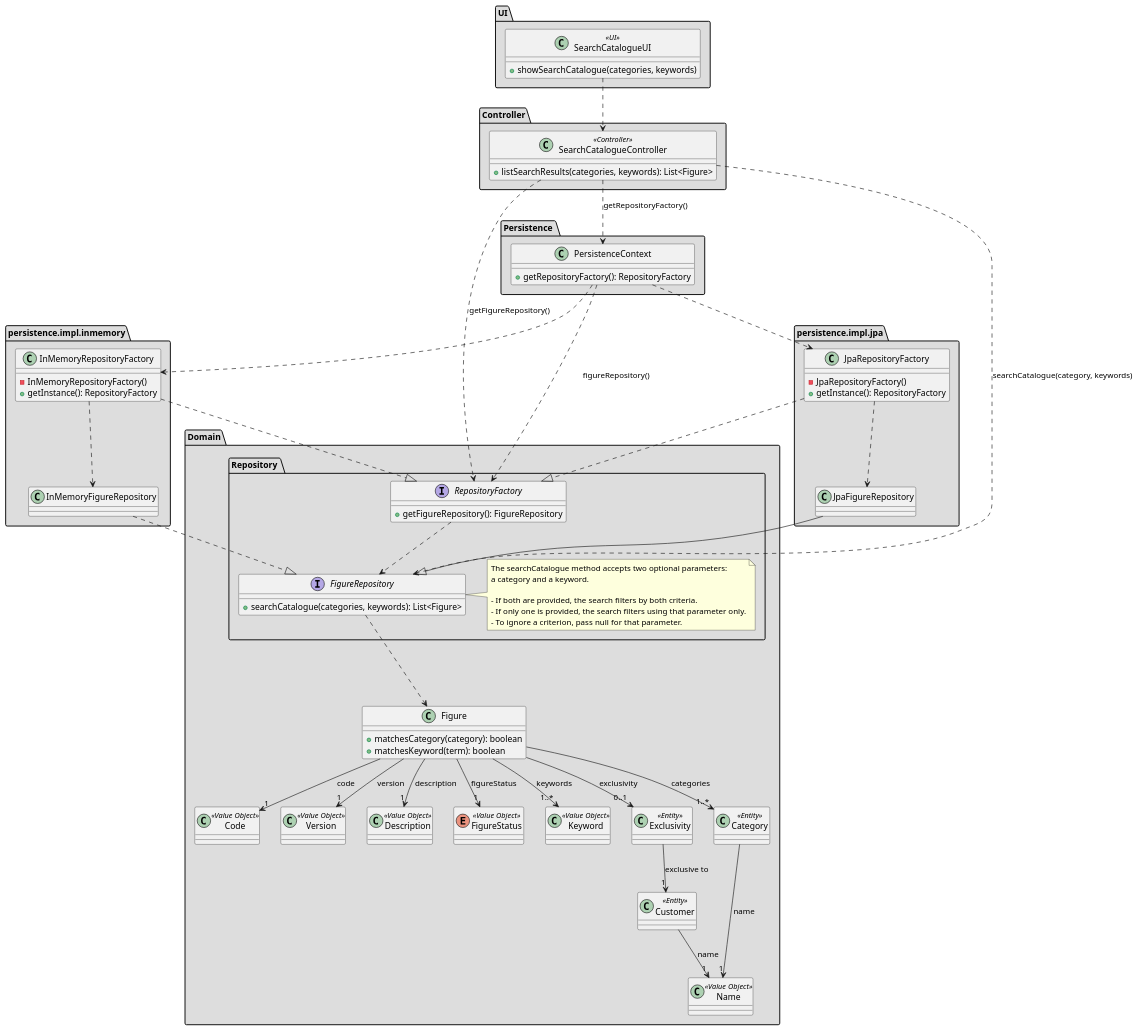
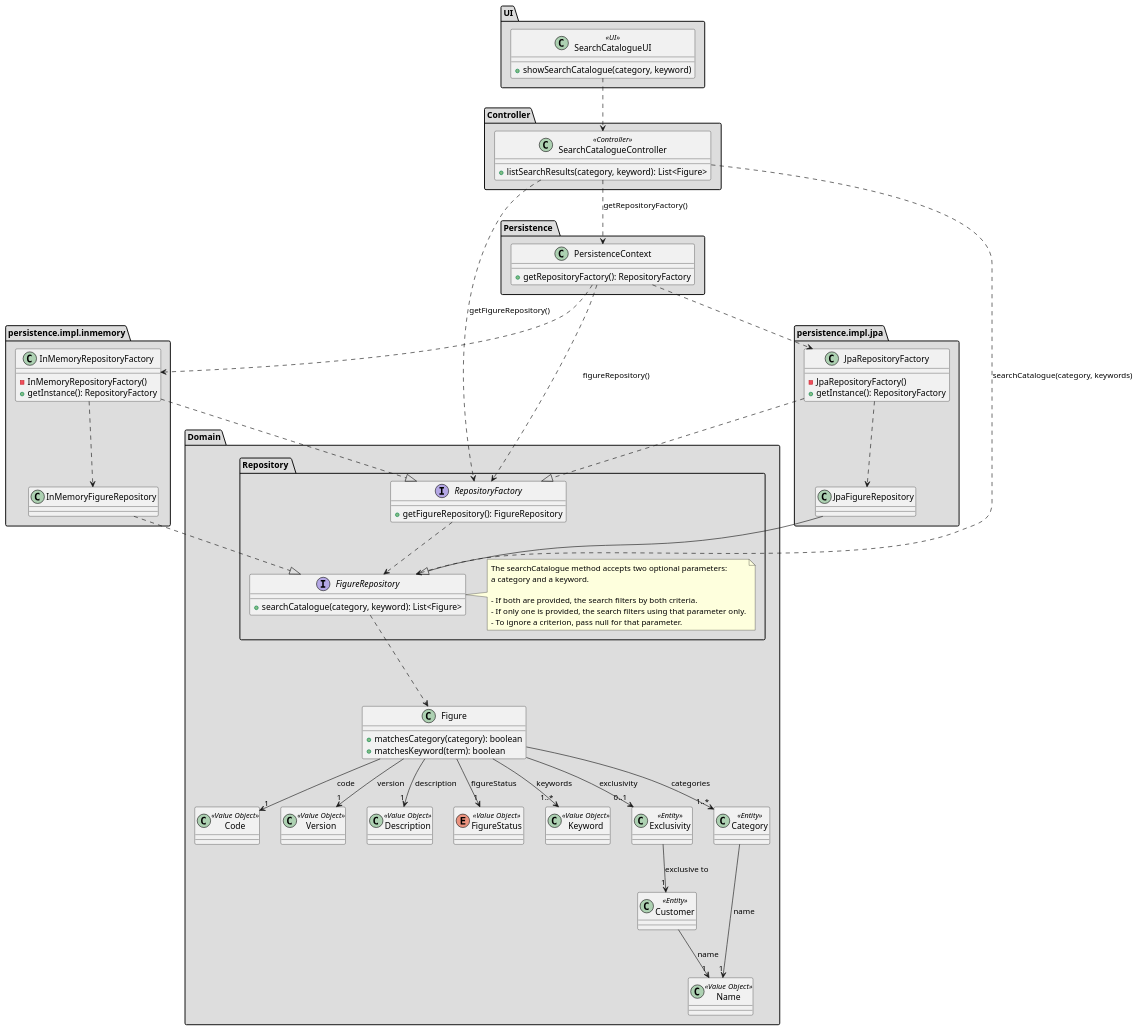
The diagram in docs/SPRINT_2/US232/puml/class_diagram_us232.puml (diogoveirospro/sem4pi-2024-2025-sem4pi_2024_2025_g44), drawn with PlantUML before and after one commit. The commit also changed 10 other files, not shown here.

```diff
--- a/docs/SPRINT_2/US232/puml/class_diagram_us232.puml
+++ b/docs/SPRINT_2/US232/puml/class_diagram_us232.puml
@@ -1,171 +1,171 @@
 @startuml
 set separator none
 
 package "Persistence " #DDDDDD {
     class PersistenceContext {
         + getRepositoryFactory(): RepositoryFactory
     }
 }
 
 package "persistence.impl.jpa" #DDDDDD {
     class JpaRepositoryFactory {
         - JpaRepositoryFactory()
         + getInstance(): RepositoryFactory
     }
 
     class JpaFigureRepository {
     }
 
 }
 
 package "persistence.impl.inmemory" #DDDDDD {
     class InMemoryRepositoryFactory {
         - InMemoryRepositoryFactory()
         + getInstance(): RepositoryFactory
     }
 
     class InMemoryFigureRepository {
     }
 }
 
 package "Domain" #DDDDDD {
 
     package "Repository " #DDDDDD {
 
         interface RepositoryFactory {
             + getFigureRepository(): FigureRepository
         }
 
         interface FigureRepository {
-            + searchCatalogue(categories, keywords): List<Figure>
+            + searchCatalogue(category, keyword): List<Figure>
         }
 
         note right of FigureRepository
             The searchCatalogue method accepts two optional parameters:
             a category and a keyword.
 
             - If both are provided, the search filters by both criteria.
             - If only one is provided, the search filters using that parameter only.
             - To ignore a criterion, pass null for that parameter.
         end note
 
     }
 
     'Figure Aggregate
     class Figure {
         + matchesCategory(category): boolean
         + matchesKeyword(term): boolean
     }
 
     class Code <<Value Object>>{
     }
 
     class Version <<Value Object>>{
     }
 
     class Description <<Value Object>>{
     }
 
     enum FigureStatus <<Value Object>>{
     }
 
     class Keyword <<Value Object>>{
     }
 
     class Exclusivity <<Entity>>{
     }
 
 
     'Category Aggregate
     class Category <<Entity>>{
     }
 
     'Customer Aggregate
     class Customer <<Entity>>{
     }
 
     'Shared
     class Name <<Value Object>>{
     }
 
 }
 
 package "UI" #DDDDDD {
     class SearchCatalogueUI <<UI>> {
-        + showSearchCatalogue(categories, keywords)
+        + showSearchCatalogue(category, keyword)
     }
 }
 
 package "Controller" #DDDDDD {
     class SearchCatalogueController <<Controller>> {
-        + listSearchResults(categories, keywords): List<Figure>
+        + listSearchResults(category, keyword): List<Figure>
     }
 }
 
 'Persistence
 
     'PersistenceContext -> x
     PersistenceContext ..> RepositoryFactory: figureRepository()
     PersistenceContext ..> JpaRepositoryFactory
     PersistenceContext ..> InMemoryRepositoryFactory
 
 'persistence.impl.jpa
 
     'JpaFigureRepository -> x
     JpaFigureRepository --|> FigureRepository
 
     'JpaRepositoryFactory -> x
     JpaRepositoryFactory ..|> RepositoryFactory
     JpaRepositoryFactory ..> JpaFigureRepository
 
 'persistence.impl.inmemory
 
     'InMemoryFigureRepository -> x
     InMemoryFigureRepository ..|> FigureRepository
 
     'InMemoryRepositoryFactory -> x
     InMemoryRepositoryFactory ..|> RepositoryFactory
     InMemoryRepositoryFactory ..> InMemoryFigureRepository
 
 'Repository
 
     'FigureRepository -> x
     FigureRepository ...> Figure
 
     'RepositoryFactory -> x
     RepositoryFactory ..> FigureRepository
 
 'Domain
 
     'Figure -> x
     Figure --> "1..*" Keyword: keywords
     Figure --> "1" Code: code
     Figure --> "1" Version: version
     Figure --> "1" Description: description
     Figure --> "1" FigureStatus: figureStatus
     Figure --> "1..*" Category: categories
     Figure --> "0..1" Exclusivity: exclusivity
 
     'Category -> x
     Category --> "1" Name: name
 
     'Exclusivity -> x
     Exclusivity --> "1" Customer: exclusive to
 
     'Customer -> x
     Customer --> "1" Name: name
 
 'UI
 
     'SearchCatalogueUI -> x
     SearchCatalogueUI ..> SearchCatalogueController
 
 'Controller
 
     'SearchCatalogueController -> x
     SearchCatalogueController ..> PersistenceContext : getRepositoryFactory()
     SearchCatalogueController ..> RepositoryFactory : getFigureRepository()
     SearchCatalogueController ..> FigureRepository : searchCatalogue(category, keywords)
 
 
 @enduml
```
